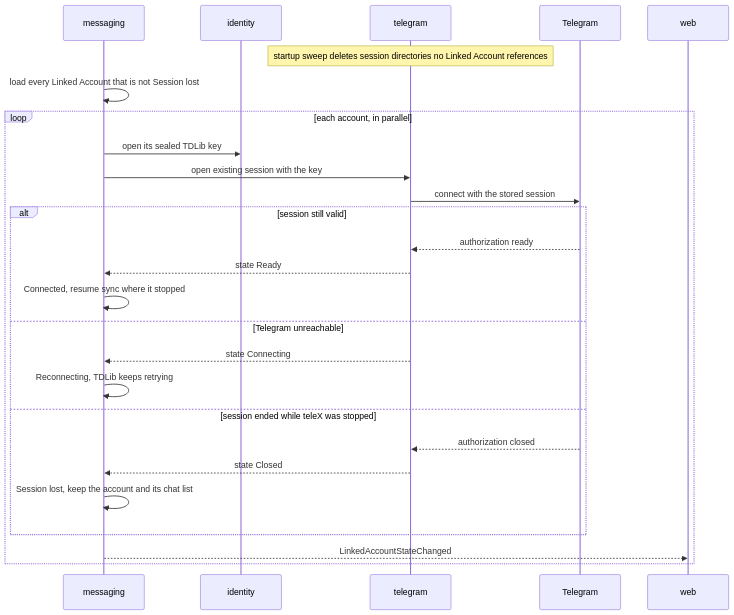
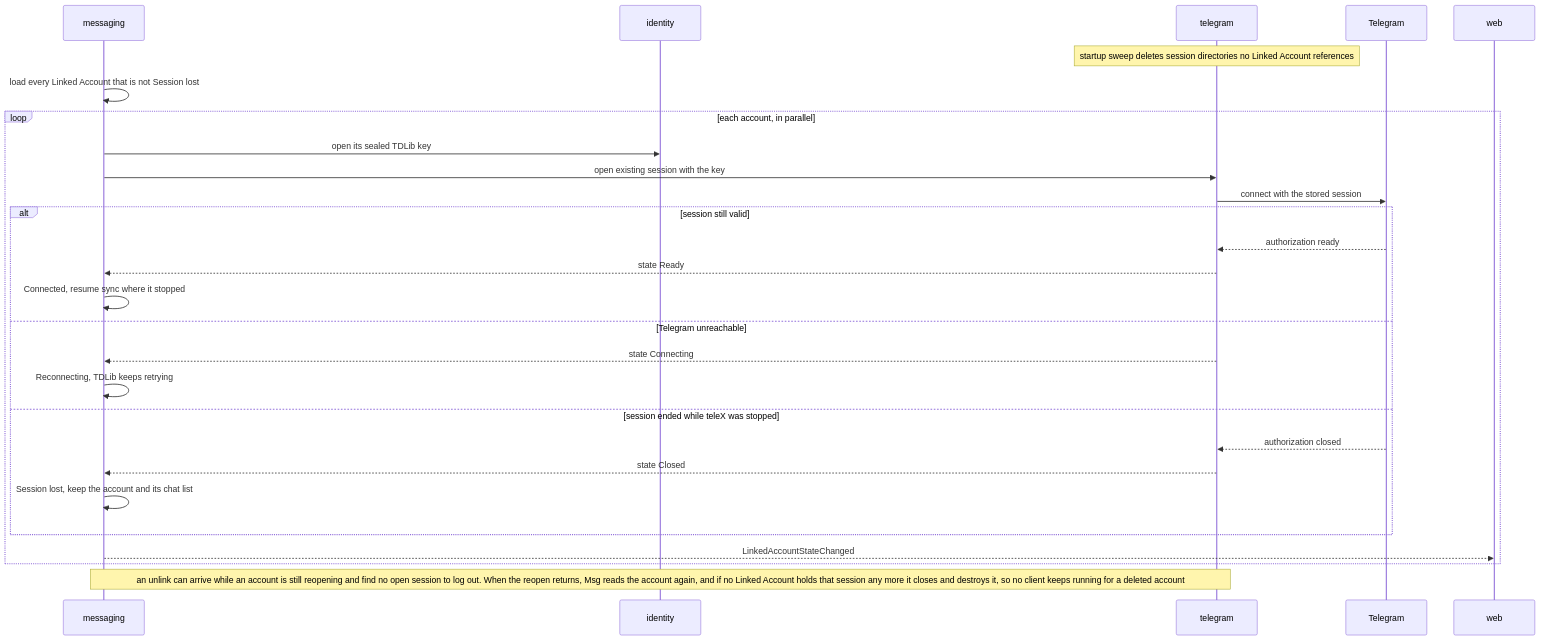
One commit to drnetua/telex changed the fifth of 15 diagrams in docs/features/telegram-link/sad.md. Above: the diagram before and after it, drawn with Mermaid. The commit also changed other lines of this file and 3 other files, not shown here.

First line of the commit message:
docs(telegram-link): Sync sad, ux-flows, screens and spec with the third-review fixes

````diff
--- a/docs/features/telegram-link/sad.md
+++ b/docs/features/telegram-link/sad.md
@@ -322,29 +323,30 @@
 ```mermaid
 sequenceDiagram
     participant Msg as messaging
     participant Id as identity
     participant Tg as telegram
     participant TG as Telegram
     participant Web as web
 
     Note over Tg: startup sweep deletes session directories no Linked Account references
     Msg->>Msg: load every Linked Account that is not Session lost
     loop each account, in parallel
         Msg->>Id: open its sealed TDLib key
         Msg->>Tg: open existing session with the key
         Tg->>TG: connect with the stored session
         alt session still valid
             TG-->>Tg: authorization ready
             Tg-->>Msg: state Ready
             Msg->>Msg: Connected, resume sync where it stopped
         else Telegram unreachable
             Tg-->>Msg: state Connecting
             Msg->>Msg: Reconnecting, TDLib keeps retrying
         else session ended while teleX was stopped
             TG-->>Tg: authorization closed
             Tg-->>Msg: state Closed
             Msg->>Msg: Session lost, keep the account and its chat list
         end
         Msg-->>Web: LinkedAccountStateChanged
     end
+    Note over Msg,Tg: an unlink can arrive while an account is still reopening and find no open session to log out. When the reopen returns, Msg reads the account again, and if no Linked Account holds that session any more it closes and destroys it, so no client keeps running for a deleted account
 ```
````
